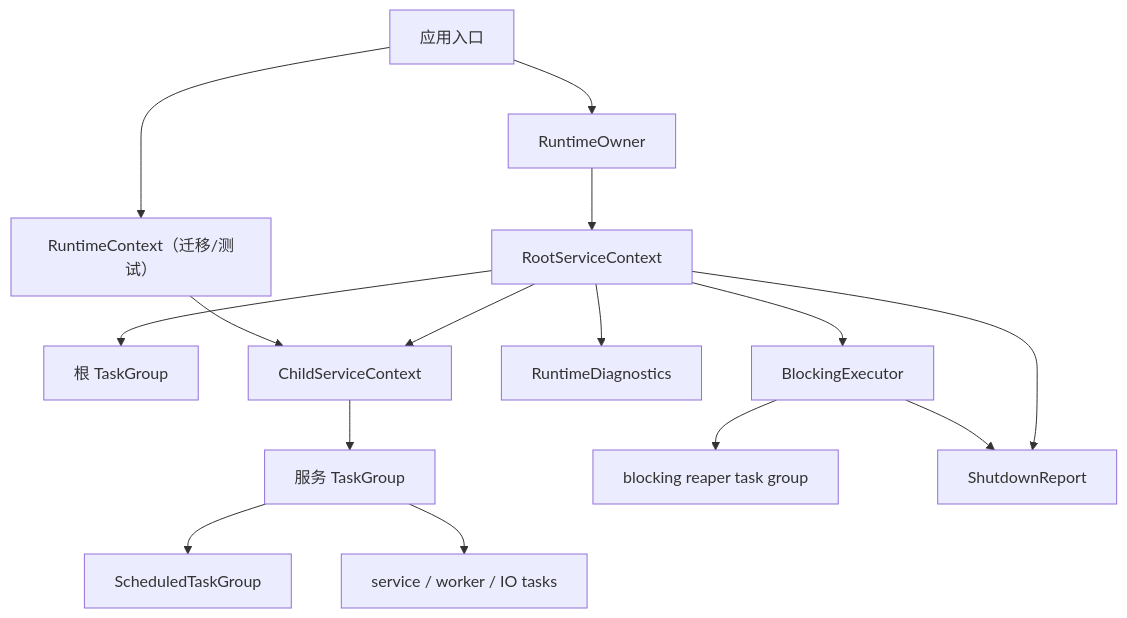
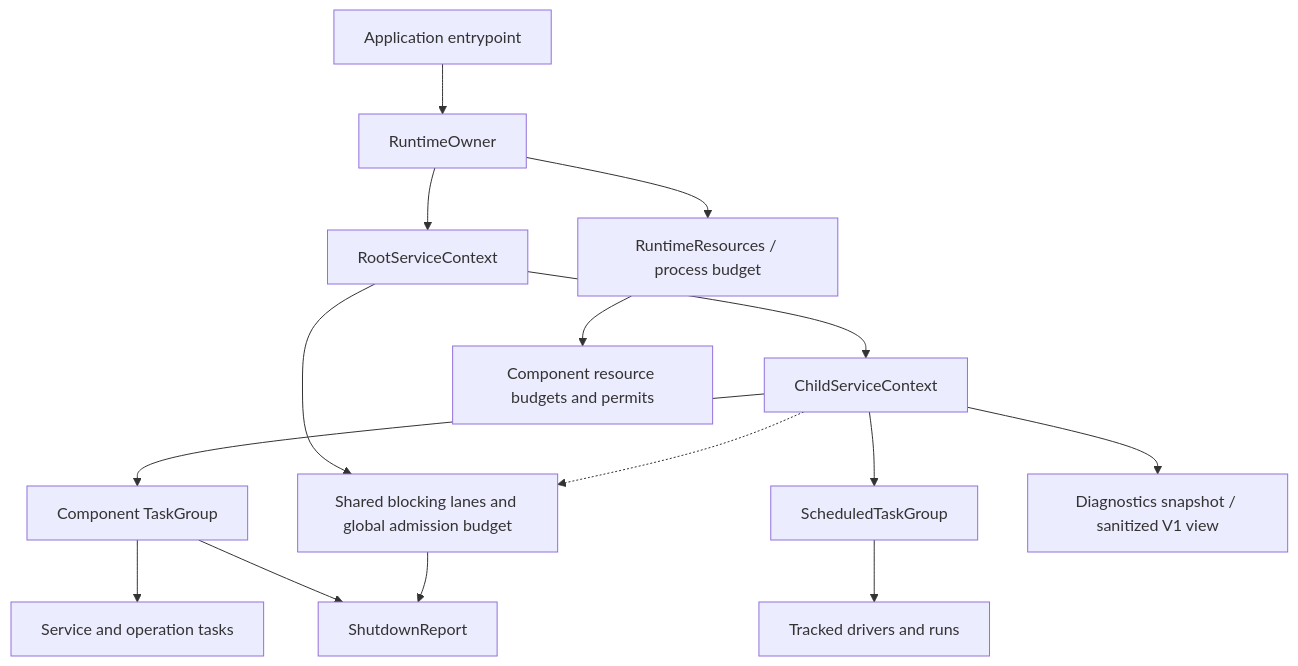
One commit to mxsm/rocketmq-rust changed the diagram in rocketmq-runtime/README-zh_cn.md. Above: the diagram before and after it, drawn with Mermaid. The commit also changed other lines of this file and 1 other file, not shown here.

Commit message:
[ISSUE #10287]📝Align runtime READMEs with current APIs

````diff
--- a/rocketmq-runtime/README-zh_cn.md
+++ b/rocketmq-runtime/README-zh_cn.md
@@ -25,17 +18,17 @@
 ```mermaid
 flowchart TD
-    Entry["应用入口"] --> Owner["RuntimeOwner"]
-    Entry --> Current["RuntimeContext（迁移/测试）"]
+    Entry["Application entrypoint"] --> Owner["RuntimeOwner"]
     Owner --> Root["RootServiceContext"]
-    Root --> GroupRoot["根 TaskGroup"]
-    Root --> Blocking["BlockingExecutor"]
-    Root --> Diagnostics["RuntimeDiagnostics"]
     Root --> Service["ChildServiceContext"]
-    Current --> Service
-    Service --> Group["服务 TaskGroup"]
-    Group --> Scheduled["ScheduledTaskGroup"]
-    Group --> Workers["service / worker / IO tasks"]
-    Blocking --> Reaper["blocking reaper task group"]
-    Root --> Report["ShutdownReport"]
+    Service --> Group["Component TaskGroup"]
+    Group --> Tasks["Service and operation tasks"]
+    Service --> Scheduled["ScheduledTaskGroup"]
+    Scheduled --> Jobs["Tracked drivers and runs"]
+    Root --> Blocking["Shared blocking lanes and global admission budget"]
+    Service -.-> Blocking
+    Owner --> Resources["RuntimeResources / process budget"]
+    Resources --> Budgets["Component resource budgets and permits"]
+    Group --> Report["ShutdownReport"]
     Blocking --> Report
+    Service --> Diagnostics["Diagnostics snapshot / sanitized V1 view"]
 ```
````
